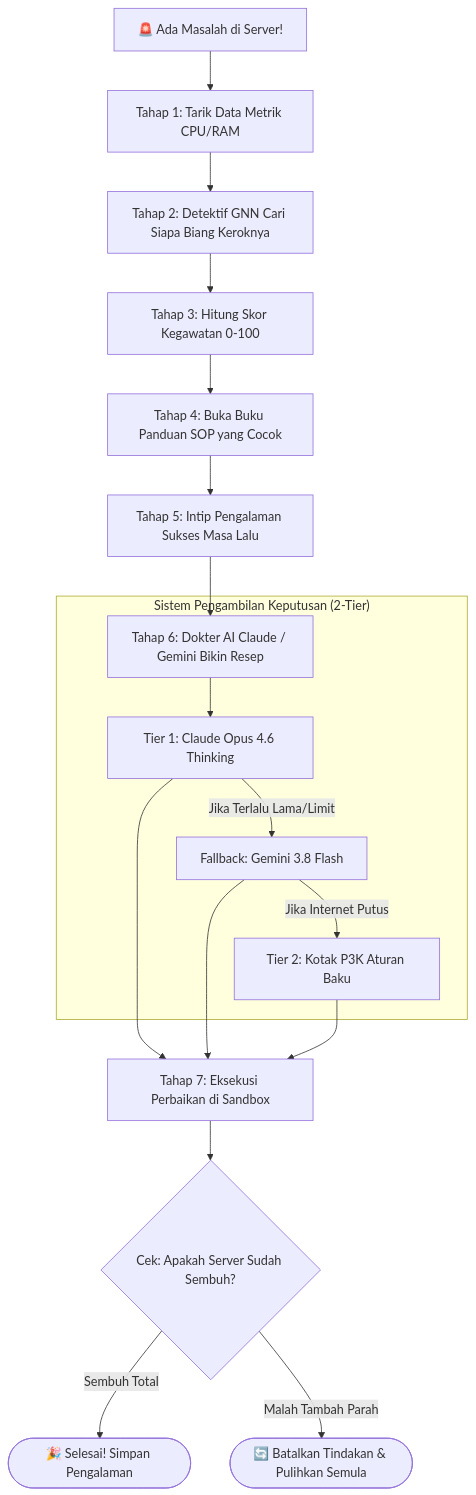
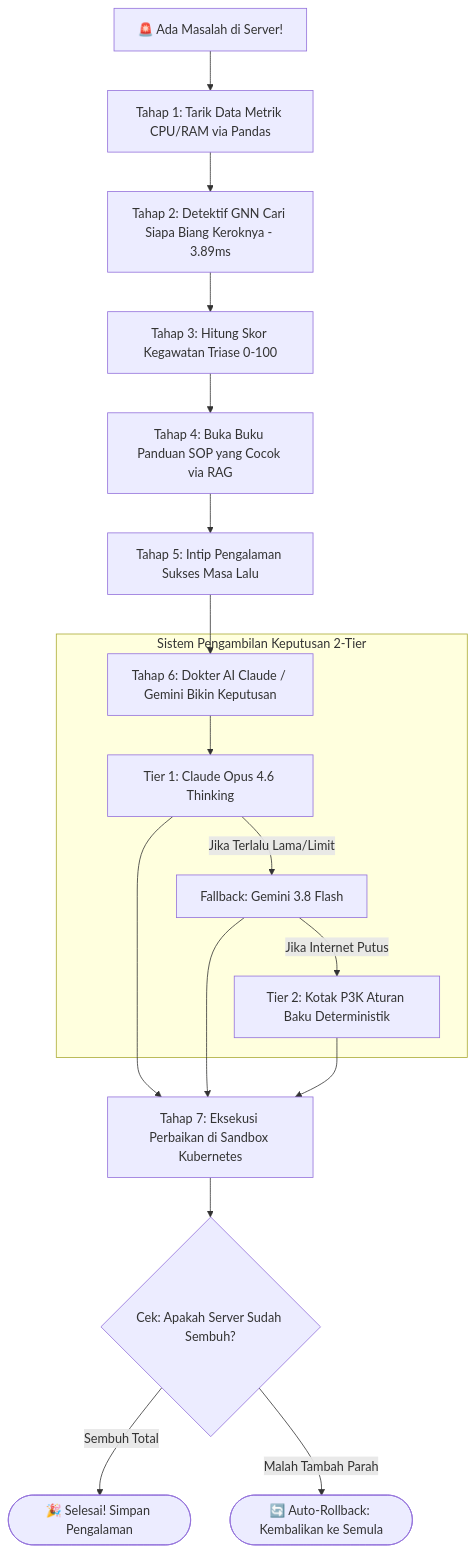
The diagram in xfsci_complete_project_summary_hackmd.md (naufalln85/XSFCI), drawn with Mermaid before and after one commit. The commit also changed other lines of this file, not shown here.

````diff
--- a/xfsci_complete_project_summary_hackmd.md
+++ b/xfsci_complete_project_summary_hackmd.md
@@ -98,23 +112,23 @@
 ```mermaid
 graph TD
-    A[🚨 Ada Masalah di Server!] --> S1[Tahap 1: Tarik Data Metrik CPU/RAM]
-    S1 --> S2[Tahap 2: Detektif GNN Cari Siapa Biang Keroknya]
-    S2 --> S3[Tahap 3: Hitung Skor Kegawatan 0-100]
-    S3 --> S4[Tahap 4: Buka Buku Panduan SOP yang Cocok]
+    A[🚨 Ada Masalah di Server!] --> S1[Tahap 1: Tarik Data Metrik CPU/RAM via Pandas]
+    S1 --> S2[Tahap 2: Detektif GNN Cari Siapa Biang Keroknya - 3.89ms]
+    S2 --> S3[Tahap 3: Hitung Skor Kegawatan Triase 0-100]
+    S3 --> S4[Tahap 4: Buka Buku Panduan SOP yang Cocok via RAG]
     S4 --> S5[Tahap 5: Intip Pengalaman Sukses Masa Lalu]
-    S5 --> S6[Tahap 6: Dokter AI Claude / Gemini Bikin Resep]
+    S5 --> S6[Tahap 6: Dokter AI Claude / Gemini Bikin Keputusan]
     
-    subgraph "Sistem Pengambilan Keputusan (2-Tier)"
+    subgraph "Sistem Pengambilan Keputusan 2-Tier"
         S6 --> T1[Tier 1: Claude Opus 4.6 Thinking]
         T1 -- Jika Terlalu Lama/Limit --> T2[Fallback: Gemini 3.8 Flash]
-        T2 -- Jika Internet Putus --> T3[Tier 2: Kotak P3K Aturan Baku]
+        T2 -- Jika Internet Putus --> T3[Tier 2: Kotak P3K Aturan Baku Deterministik]
     end
 
-    T1 --> S7[Tahap 7: Eksekusi Perbaikan di Sandbox]
+    T1 --> S7[Tahap 7: Eksekusi Perbaikan di Sandbox Kubernetes]
     T2 --> S7
     T3 --> S7
     
     S7 --> Cek{Cek: Apakah Server Sudah Sembuh?}
     Cek -- Sembuh Total --> OK([🎉 Selesai! Simpan Pengalaman])
-    Cek -- Malah Tambah Parah --> Rollback([🔄 Batalkan Tindakan & Pulihkan Semula])
+    Cek -- Malah Tambah Parah --> Rollback([🔄 Auto-Rollback: Kembalikan ke Semula])
 ```
````
